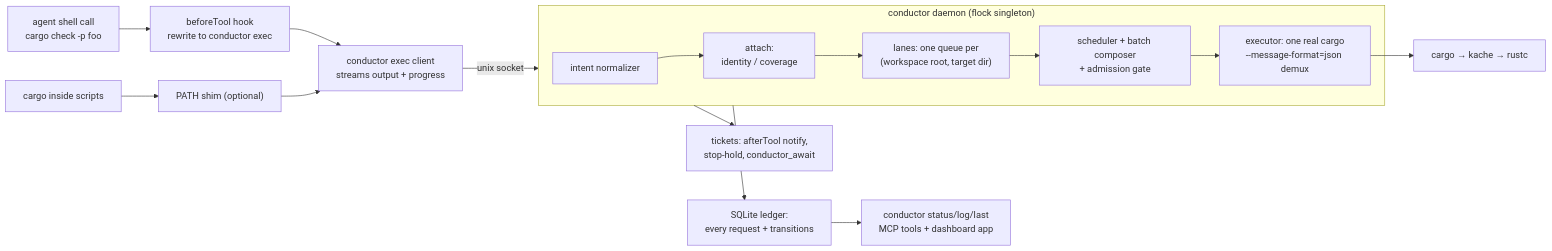
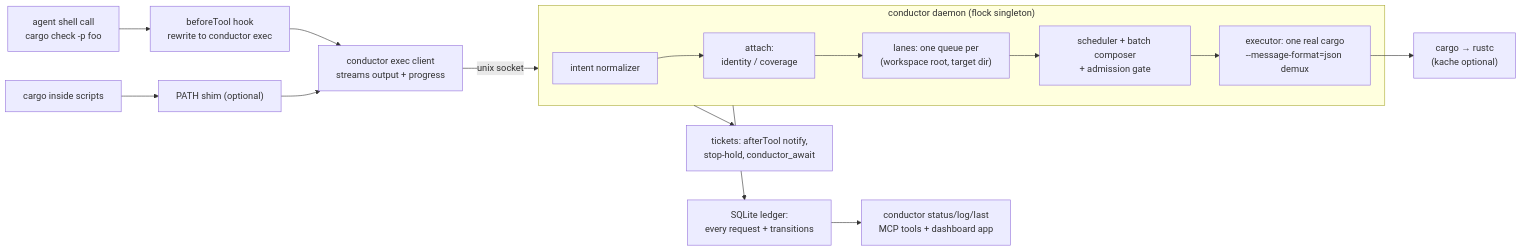
Before and after one commit to ScriptedAlchemy/cargo-conductor: the diagram in README.md, drawn with Mermaid. The commit also changed other lines of this file and 14 other files, not shown here.

````diff
--- a/README.md
+++ b/README.md
@@ -34,18 +34,18 @@
 ```mermaid
 flowchart LR
   agent["agent shell call<br/>cargo check -p foo"] --> hook["beforeTool hook<br/>rewrite to conductor exec"]
   scripts["cargo inside scripts"] --> shim["PATH shim (optional)"]
   hook --> client["conductor exec client<br/>streams output + progress"]
   shim --> client
   client -->|unix socket| daemon
   subgraph daemon["conductor daemon (flock singleton)"]
     normalizer["intent normalizer"] --> matcher["attach:<br/>identity / coverage"]
     matcher --> lanes["lanes: one queue per<br/>(workspace root, target dir)"]
     lanes --> scheduler["scheduler + batch composer<br/>+ admission gate"]
     scheduler --> executor["executor: one real cargo<br/>--message-format=json demux"]
   end
-  executor --> cargo["cargo → kache → rustc"]
+  executor --> cargo["cargo → rustc<br/>(kache optional)"]
   daemon --> ledgerDb["SQLite ledger:<br/>every request + transitions"]
   ledgerDb --> surfaces["conductor status/log/last<br/>MCP tools + dashboard app"]
   daemon --> notify["tickets: afterTool notify,<br/>stop-hold, conductor_await"]
 ```
````
